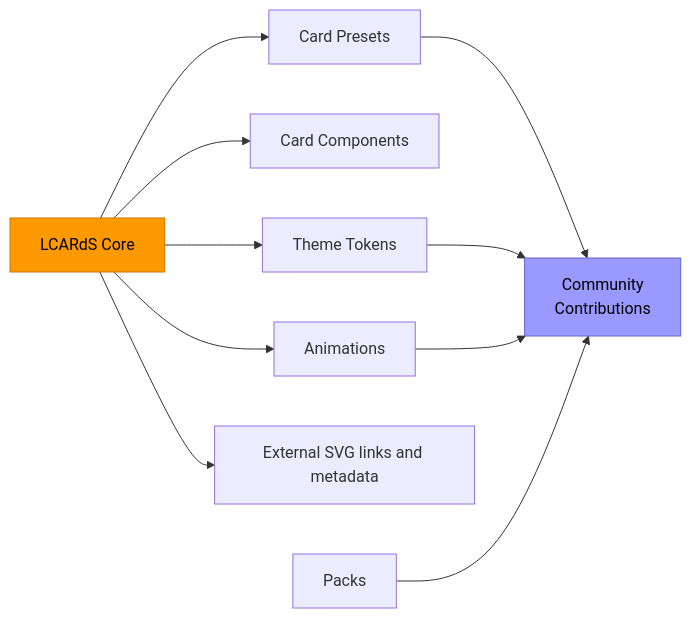
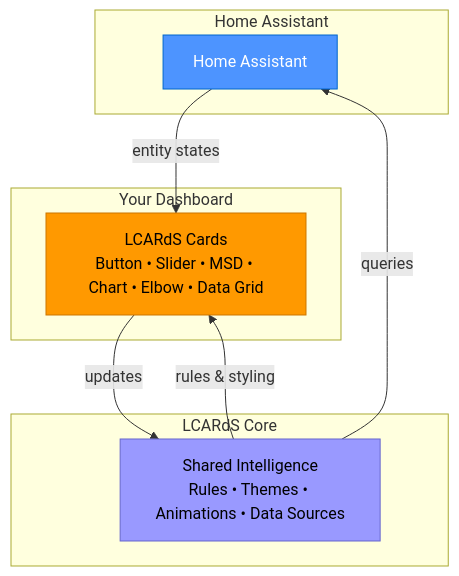
The second of 15 diagrams in README.md (snootched/lcards), drawn with Mermaid before and after one commit. The commit also changed other lines of this file and 1 other file, not shown here.

Commit message:
Update LCARdSSlider: Modify CSS properties for vertical slider orientation

````diff
--- a/README.md
+++ b/README.md
@@ -446,16 +183,23 @@
 ```mermaid
-graph LR
-    Core[LCARdS Core] --> Cards[Card Presets]
-    Core --> Components[Card Components]
-    Core --> Themes[Theme Tokens]
-    Core --> Anims[Animations]
-    Core --> ExtSVG[External SVG links and metadata]
+graph TB
+    subgraph "Home Assistant"
+        HA[Home Assistant]
+    end
 
-    Cards --> Community[Community<br>Contributions]
-    Themes --> Community
-    Anims --> Community
-    Packs --> Community
+    subgraph "Your Dashboard"
+        Cards[LCARdS Cards<br/>Button • Slider • MSD • Chart • Elbow • Data Grid]
+    end
 
-    style Core fill:#ff9900,stroke:#cc7700,color:#000
-    style Community fill:#9999ff,stroke:#6666cc,color:#000
+    subgraph "LCARdS Core"
+        Core[Shared Intelligence<br/>Rules • Themes • Animations • Data Sources]
+    end
+
+    HA -->|entity states| Cards
+    Cards -->|updates| Core
+    Core -->|rules & styling| Cards
+    Core -->|queries| HA
+
+    style HA fill:#4d94ff,stroke:#0066cc,color:#fff
+    style Cards fill:#ff9900,stroke:#cc7700,color:#000
+    style Core fill:#9999ff,stroke:#6666cc,color:#000
 ```
````
